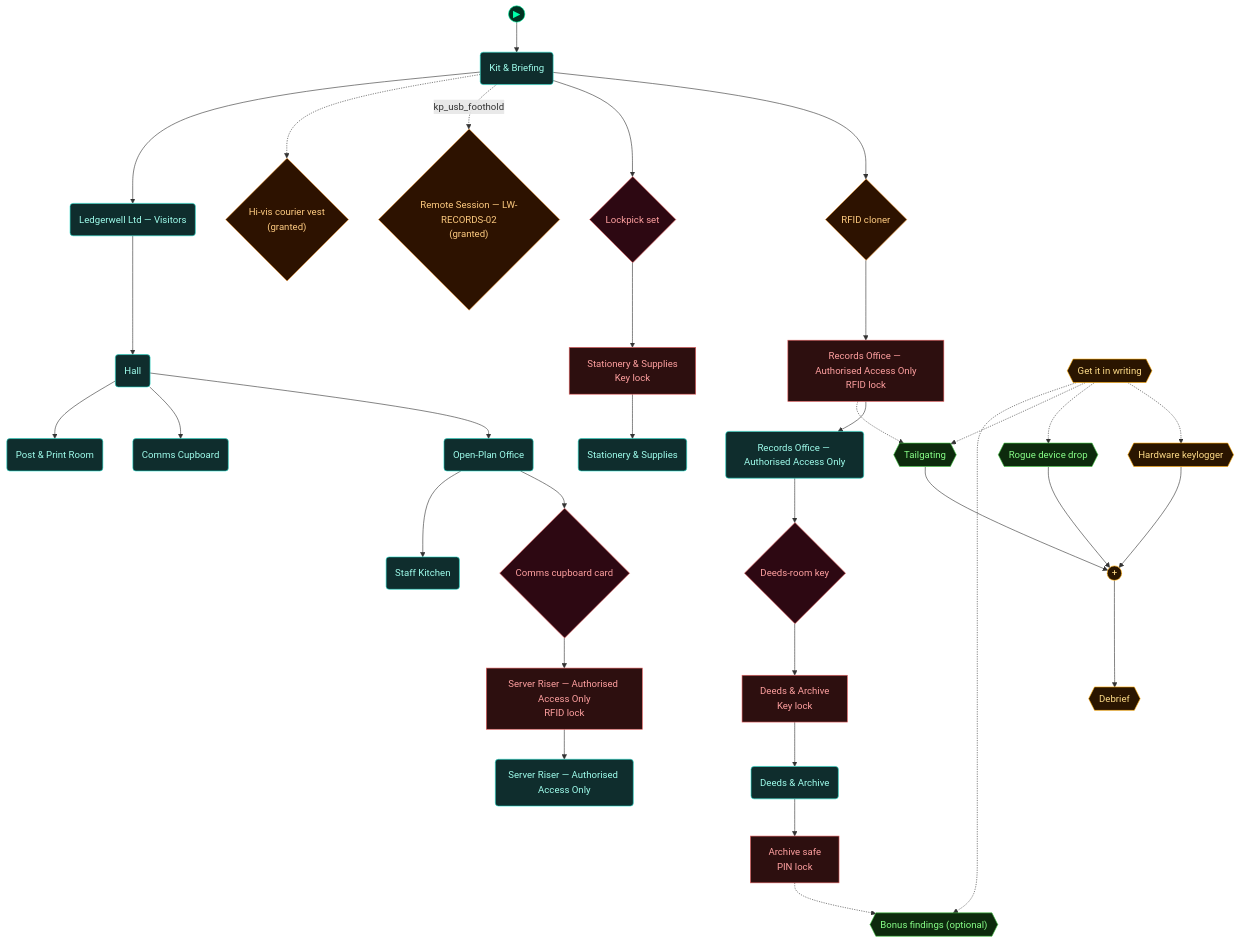
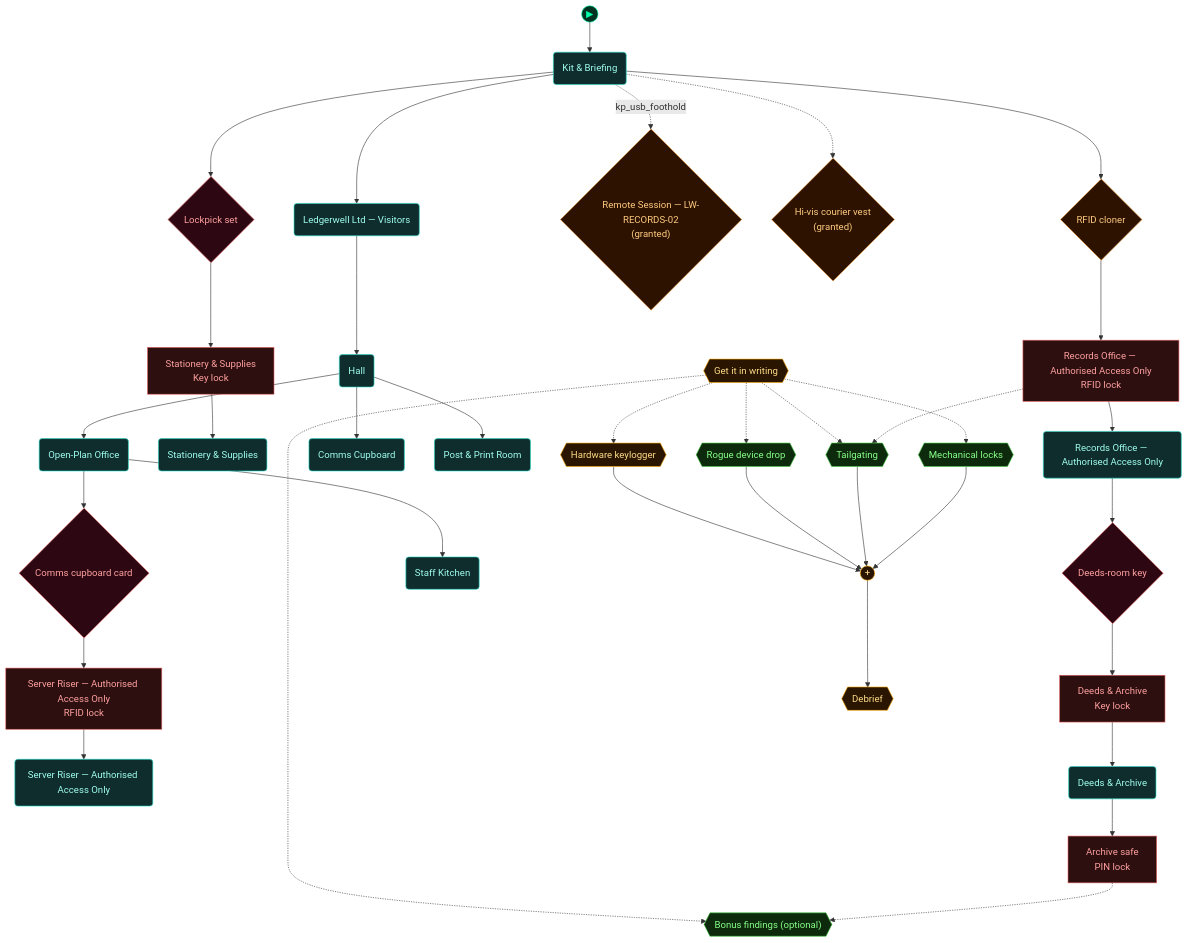
Before and after one commit to cliffe/BreakEscape: the third of 5 diagrams in scenarios/lab_physical_pentest/dungeon_graph.md, drawn with Mermaid. The commit also changed other lines of this file and 11 other files, not shown here.

First line of the commit message:
lab_physical_pentest: lockpicking required (store cupboard in scope) with a controller find inside

````diff
--- a/scenarios/lab_physical_pentest/dungeon_graph.md
+++ b/scenarios/lab_physical_pentest/dungeon_graph.md
@@ -198,8 +201,8 @@
   door_P4["Deeds & Archive<br/>Key lock"]
   P4("Deeds & Archive")
   briefing_room("Kit & Briefing")
+  lockpick_set{"Lockpick set"}
   rfid_cloner{"RFID cloner"}
-  lockpick_set{"Lockpick set"}
   open_plan("Open-Plan Office")
   comms_cupboard_card{"Comms cupboard card"}
   deeds_room_key{"Deeds-room key"}
@@ -215,6 +218,7 @@
   aim_keylogger{{"Hardware keylogger"}}
   aim_usb{{"Rogue device drop"}}
   aim_tailgate{{"Tailgating"}}
+  aim_mechanical_locks{{"Mechanical locks"}}
   aim_bonus_beats{{"Bonus findings (optional)"}}
   aim_debrief{{"Debrief"}}
   aim_andgate_debrief((" + "))
@@ -223,10 +227,10 @@
   door_store_room --> store_room
   door_P5 --> P5
   door_P4 --> P4
+  briefing_room --> lockpick_set
+  lockpick_set --> door_store_room
   briefing_room --> rfid_cloner
   rfid_cloner --> door_secure_area
-  briefing_room --> lockpick_set
-  lockpick_set --> door_store_room
   open_plan --> comms_cupboard_card
   comms_cupboard_card --> door_P5
   secure_area --> deeds_room_key
@@ -243,19 +247,21 @@
   aim_authorise -.-> aim_keylogger
   aim_authorise -.-> aim_usb
   aim_authorise -.-> aim_tailgate
+  aim_authorise -.-> aim_mechanical_locks
   aim_authorise -.-> aim_bonus_beats
   aim_keylogger --> aim_andgate_debrief
   aim_usb --> aim_andgate_debrief
   aim_tailgate --> aim_andgate_debrief
+  aim_mechanical_locks --> aim_andgate_debrief
   aim_andgate_debrief --> aim_debrief
   door_secure_area -.-> aim_tailgate
   lock_p4_safe -.-> aim_bonus_beats
 
   class door_secure_area,door_store_room,door_P5,door_P4,lock_p4_safe lock
   class secure_area,store_room,P5,P4,briefing_room,open_plan,reception,hall,P3,P1,P2 room
+  class lockpick_set,comms_cupboard_card,deeds_room_key key
   class rfid_cloner,grant_records_remote_session,grant_kit_hivis_vest item
-  class lockpick_set,comms_cupboard_card,deeds_room_key key
   class aim_authorise,aim_keylogger,aim_debrief,aim_andgate_debrief critical
-  class aim_usb,aim_tailgate,aim_bonus_beats aim
+  class aim_usb,aim_tailgate,aim_mechanical_locks,aim_bonus_beats aim
   class node_start start
 ```
````
